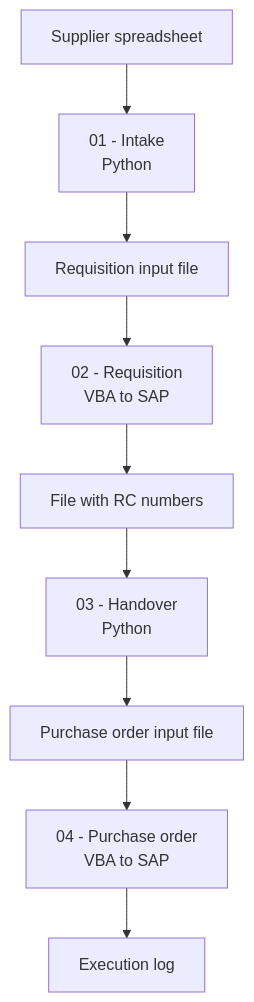
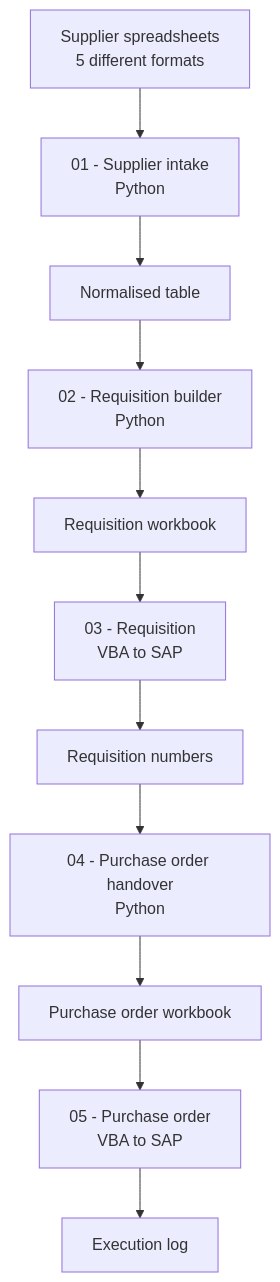
Before and after one commit to lucasnunesf/sap-automation: the diagram in README.md, drawn with Mermaid. The commit also changed other lines of this file, not shown here.

````diff
--- a/README.md
+++ b/README.md
@@ -49,11 +49,13 @@
 ```mermaid
 flowchart TD
-    A[Supplier spreadsheet] --> B[01 - Intake<br/>Python]
-    B --> C[Requisition input file]
-    C --> D[02 - Requisition<br/>VBA to SAP]
-    D --> E[File with RC numbers]
-    E --> F[03 - Handover<br/>Python]
-    F --> G[Purchase order input file]
-    G --> H[04 - Purchase order<br/>VBA to SAP]
-    H --> I[Execution log]
+    A[Supplier spreadsheets<br/>5 different formats] --> B[01 - Supplier intake<br/>Python]
+    B --> C[Normalised table]
+    C --> D[02 - Requisition builder<br/>Python]
+    D --> E[Requisition workbook]
+    E --> F[03 - Requisition<br/>VBA to SAP]
+    F --> G[Requisition numbers]
+    G --> H[04 - Purchase order handover<br/>Python]
+    H --> I[Purchase order workbook]
+    I --> J[05 - Purchase order<br/>VBA to SAP]
+    J --> K[Execution log]
 ```
````
